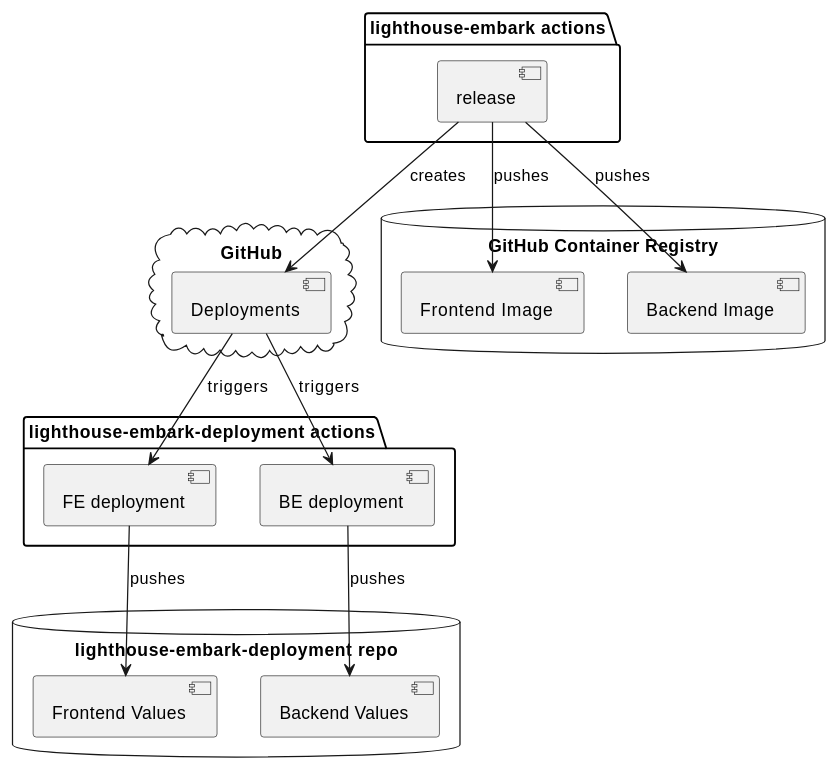
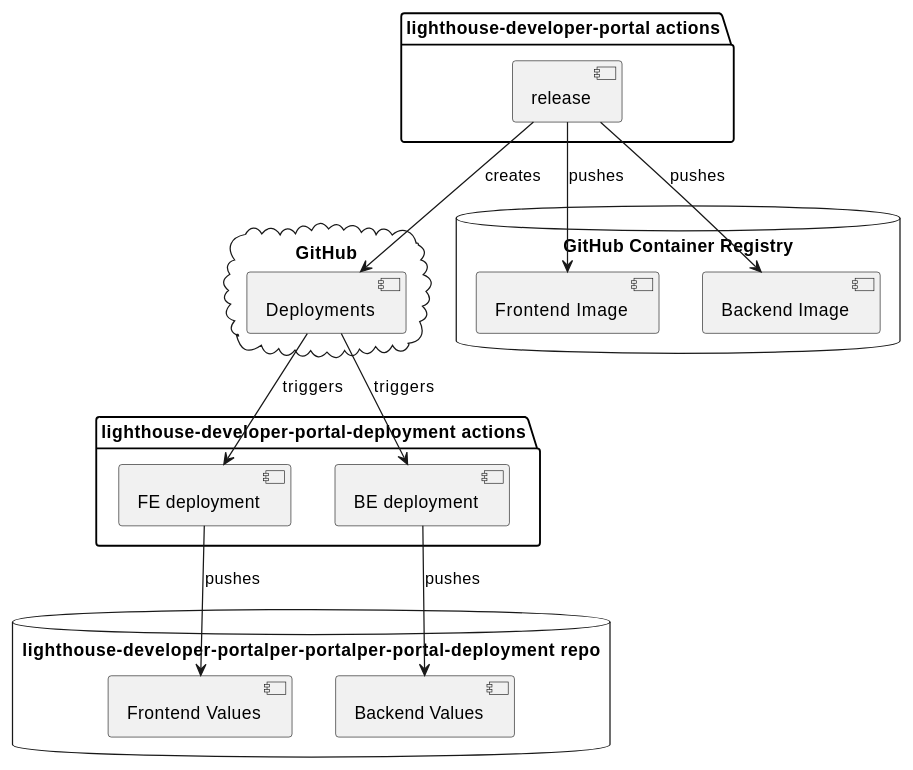
One commit to TS000/lighthouse-developer-portal changed the third of 10 diagrams in docs/deployment.md. Above: the diagram before and after it, drawn with PlantUML. The commit also changed other lines of this file and 32 other files, not shown here.

````diff
--- a/docs/deployment.md
+++ b/docs/deployment.md
@@ -88,35 +88,35 @@
 ```plantuml
-package "lighthouse-embark actions" {
+package "lighthouse-developer-portal actions" {
   component rel as "release"
 }
 
 cloud GitHub {
   component edep as "Deployments"
 }
 
 database "GitHub Container Registry" {
   component fe as "Frontend Image"
   component be as "Backend Image"
 }
 
 [rel] --> fe: pushes
 [rel] --> be: pushes
 
-package "lighthouse-embark-deployment actions" {
+package "lighthouse-developer-portal-deployment actions" {
   component fdep as "FE deployment"
   component bdep as "BE deployment"
 }
 
-database "lighthouse-embark-deployment repo" {
+database "lighthouse-developer-portalper-portalper-portal-deployment repo" {
   component fev as "Frontend Values"
   component bev as "Backend Values"
 }
 
 [fdep] --> fev: pushes
 [bdep] --> bev: pushes
 [rel] --> [edep]: creates
 [edep] --> [fdep]: triggers
 [edep] --> [bdep]: triggers
 
 
 ```
````
